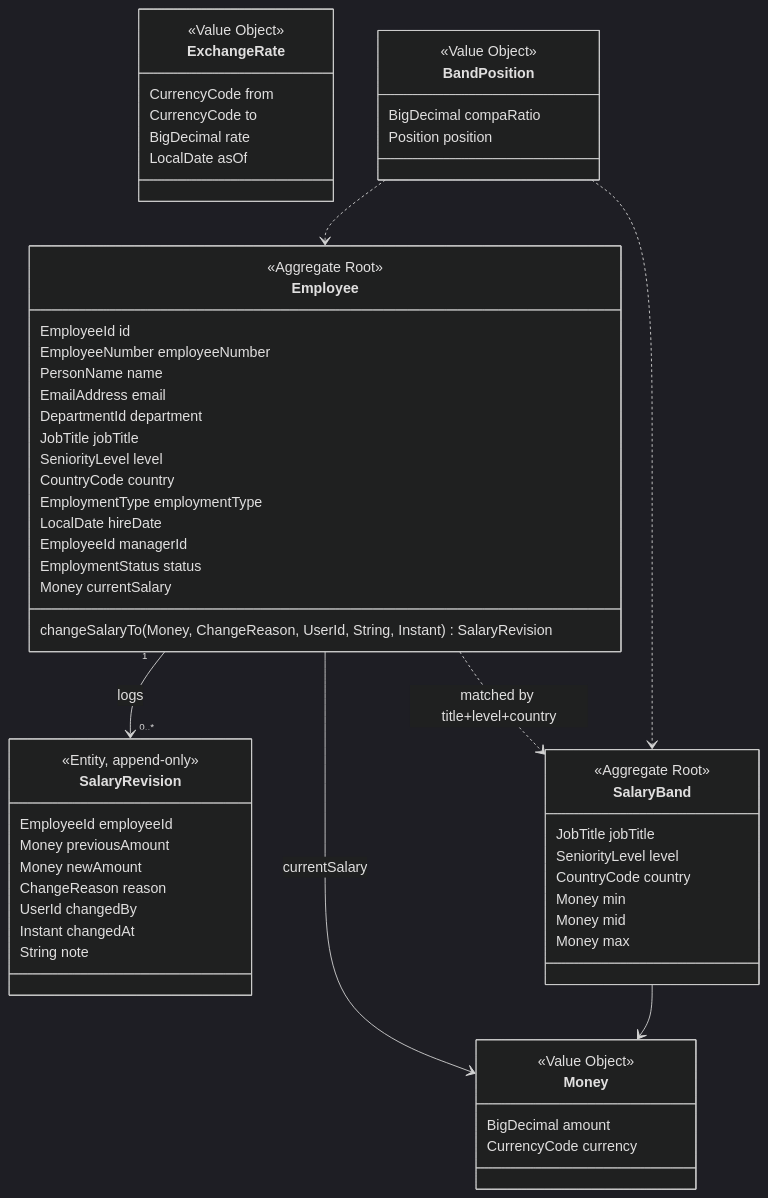
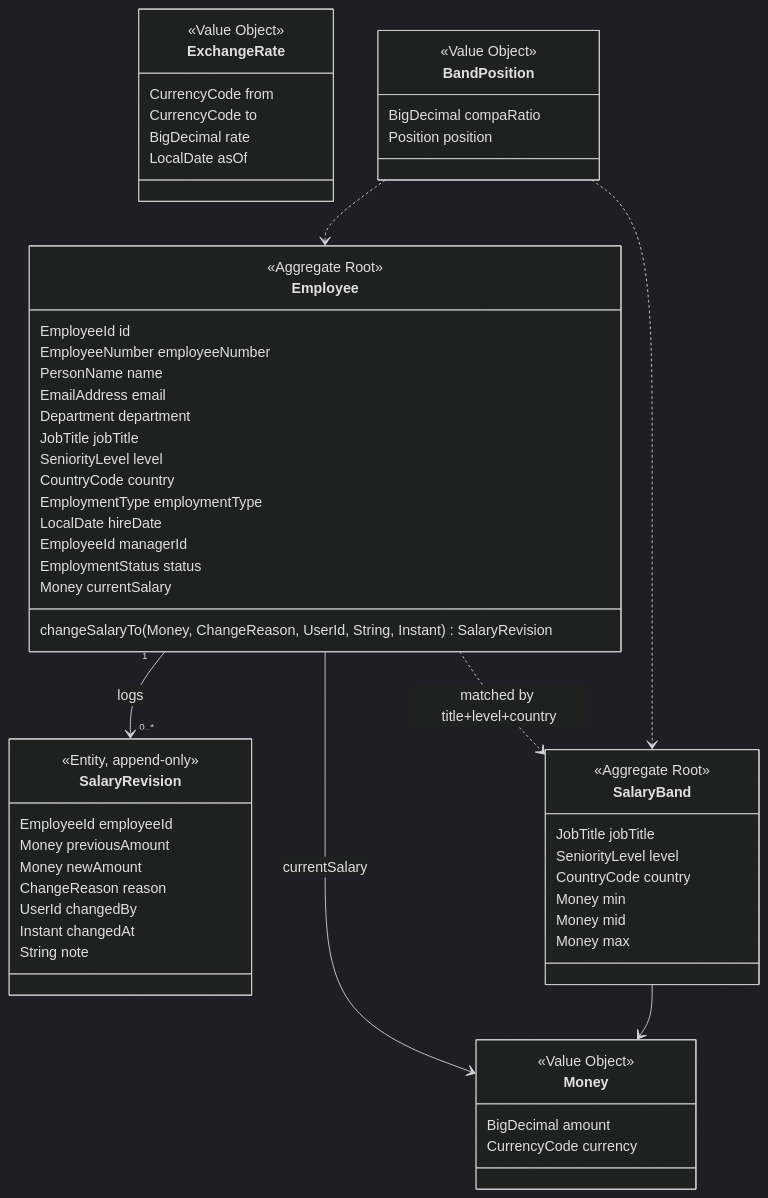
Before and after one commit to Ram-mane/Incubyte-Engineering-Assessment: the diagram in docs/02-DOMAIN-MODEL.md, drawn with Mermaid (dark theme). The commit also changed 11 other files, not shown here.

First line of the commit message:
feat: add employee schema

````diff
--- a/docs/02-DOMAIN-MODEL.md
+++ b/docs/02-DOMAIN-MODEL.md
@@ -37,68 +37,68 @@
 ```mermaid
 classDiagram
     class Employee {
         <<Aggregate Root>>
         EmployeeId id
         EmployeeNumber employeeNumber
         PersonName name
         EmailAddress email
-        DepartmentId department
+        Department department
         JobTitle jobTitle
         SeniorityLevel level
         CountryCode country
         EmploymentType employmentType
         LocalDate hireDate
         EmployeeId managerId
         EmploymentStatus status
         Money currentSalary
         changeSalaryTo(Money, ChangeReason, UserId, String, Instant) SalaryRevision
     }
 
     class SalaryRevision {
         <<Entity, append-only>>
         EmployeeId employeeId
         Money previousAmount
         Money newAmount
         ChangeReason reason
         UserId changedBy
         Instant changedAt
         String note
     }
 
     class SalaryBand {
         <<Aggregate Root>>
         JobTitle jobTitle
         SeniorityLevel level
         CountryCode country
         Money min
         Money mid
         Money max
     }
 
     class ExchangeRate {
         <<Value Object>>
         CurrencyCode from
         CurrencyCode to
         BigDecimal rate
         LocalDate asOf
     }
 
     class Money {
         <<Value Object>>
         BigDecimal amount
         CurrencyCode currency
     }
 
     class BandPosition {
         <<Value Object>>
         BigDecimal compaRatio
         Position position
     }
 
     Employee "1" --> "0..*" SalaryRevision : logs
     Employee --> Money : currentSalary
     SalaryBand --> Money
     Employee ..> SalaryBand : matched by title+level+country
     BandPosition ..> Employee
     BandPosition ..> SalaryBand
 ```
````
